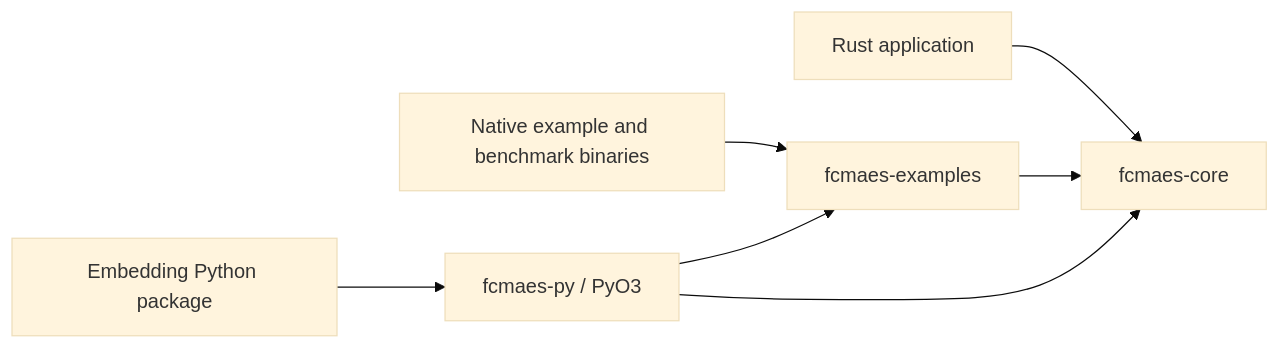
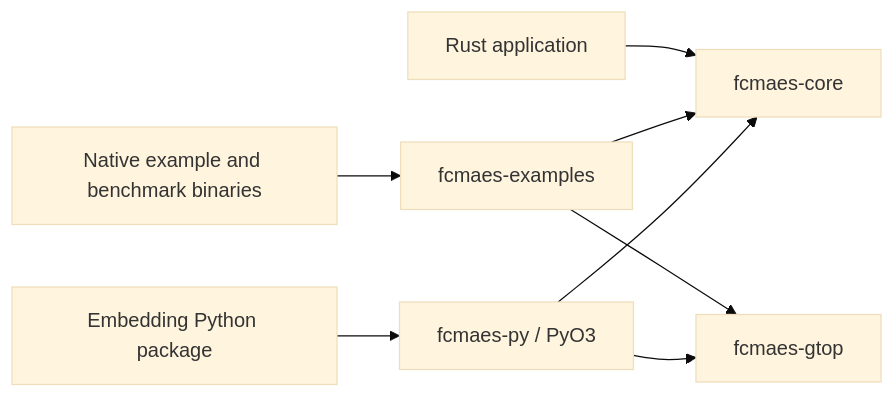
One commit to dietmarwo/fcmaes-rust changed the diagram in docs/architecture.md. Above: the diagram before and after it, drawn with Mermaid (base theme). The commit also changed other lines of this file and 308 other files, not shown here.

````diff
--- a/docs/architecture.md
+++ b/docs/architecture.md
@@ -10,9 +10,10 @@
 ```mermaid
 flowchart LR
     R[Rust application] --> C[fcmaes-core]
     E[Native example and benchmark binaries] --> X[fcmaes-examples]
     X --> C
+    X --> G[fcmaes-gtop]
     P[Embedding Python package] --> B[fcmaes-py / PyO3]
     B --> C
-    B --> X
+    B --> G
 ```
````
